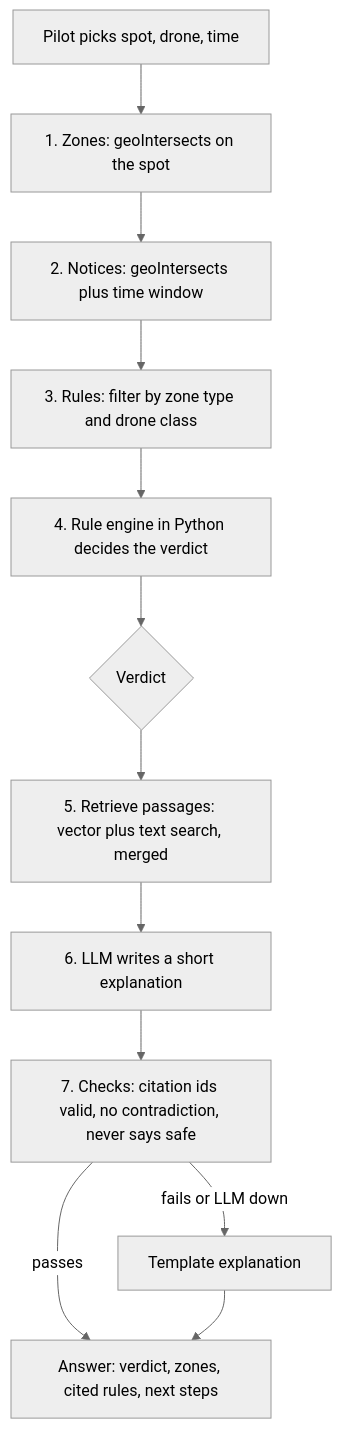
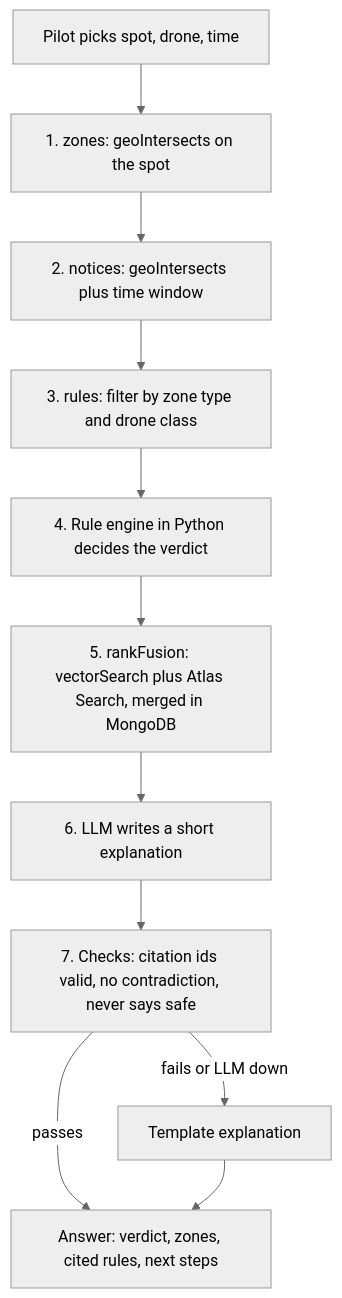
The second of 3 diagrams in ARCHITECTURE.md (saimanoharigodavarty/SkyClear), drawn with Mermaid before and after one commit. The commit also changed other lines of this file and 5 other files, not shown here.

Commit message:
Make architecture MongoDB-first: feature map, Atlas Search and rankFusion verified, zone search endpoint

````diff
--- a/ARCHITECTURE.md
+++ b/ARCHITECTURE.md
@@ -111,15 +73,14 @@
 ```mermaid
 %%{init: {'theme':'neutral'}}%%
 flowchart TD
-  IN["Pilot picks spot, drone, time"] --> G1["1. Zones: geoIntersects on the spot"]
-  G1 --> G2["2. Notices: geoIntersects plus time window"]
-  G2 --> R1["3. Rules: filter by zone type and drone class"]
+  IN["Pilot picks spot, drone, time"] --> G1["1. zones: geoIntersects on the spot"]
+  G1 --> G2["2. notices: geoIntersects plus time window"]
+  G2 --> R1["3. rules: filter by zone type and drone class"]
   R1 --> E["4. Rule engine in Python decides the verdict"]
-  E --> V{"Verdict"}
-  V --> X["5. Retrieve passages: vector plus text search, merged"]
+  E --> X["5. rankFusion: vectorSearch plus Atlas Search, merged in MongoDB"]
   X --> L["6. LLM writes a short explanation"]
   L --> C["7. Checks: citation ids valid, no contradiction, never says safe"]
   C -->|fails or LLM down| T["Template explanation"]
   C -->|passes| O["Answer: verdict, zones, cited rules, next steps"]
   T --> O
 ```
````
